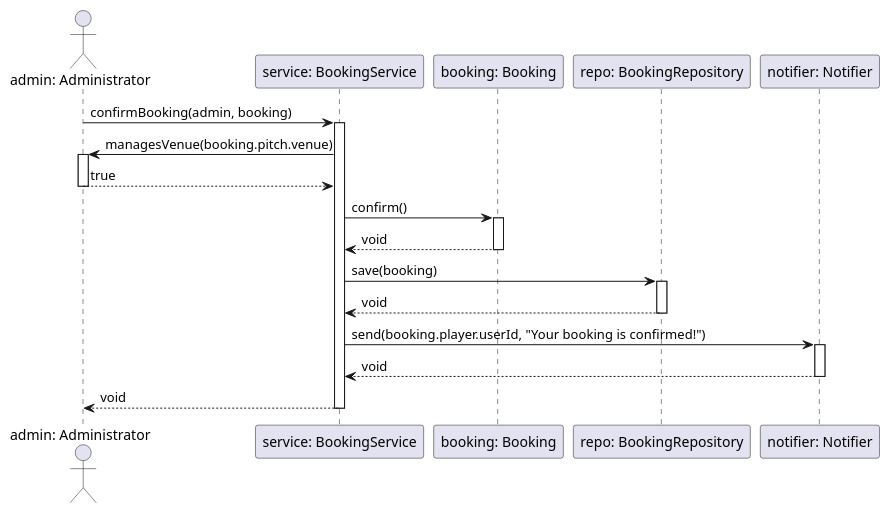
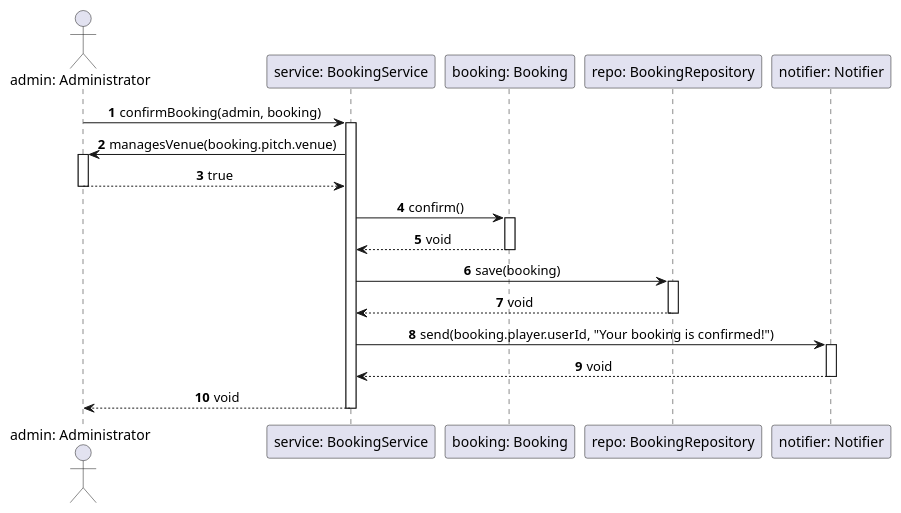
Before and after one commit to AnidMehmeti/KickSlot: the diagram in diagrams/ConfirmBooking.puml, drawn with PlantUML. The commit also changed 4 other files, not shown here.

Commit message:
Add cancel, view upcoming, and reject booking diagrams; update create booking

```diff
--- a/diagrams/ConfirmBooking.puml
+++ b/diagrams/ConfirmBooking.puml
@@ -1,34 +1,37 @@
 @startuml
+autonumber
+skinparam SequenceMessageAlign center
+show footbox
 
 actor "admin: Administrator" as Admin
 participant "service: BookingService" as Service
 participant "booking: Booking" as Booking
 participant "repo: BookingRepository" as Repo
 participant "notifier: Notifier" as Notifier
 
 Admin -> Service : confirmBooking(admin, booking)
 activate Service
 
 Service -> Admin : managesVenue(booking.pitch.venue)
 activate Admin
 Admin --> Service : true
 deactivate Admin
 
 Service -> Booking : confirm()
 activate Booking
 Booking --> Service : void
 deactivate Booking
 
 Service -> Repo : save(booking)
 activate Repo
 Repo --> Service : void
 deactivate Repo
 
 Service -> Notifier : send(booking.player.userId, "Your booking is confirmed!")
 activate Notifier
 Notifier --> Service : void
 deactivate Notifier
 
 Service --> Admin : void
 deactivate Service
 @enduml
```
